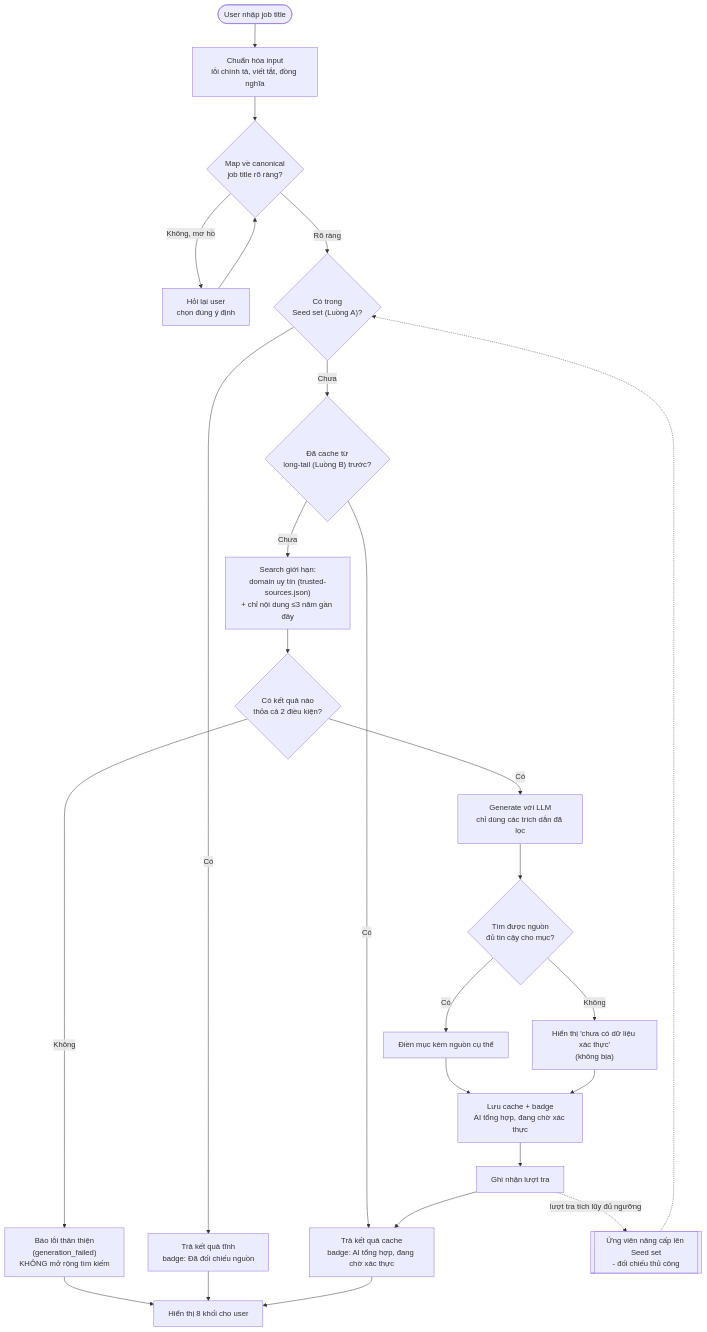
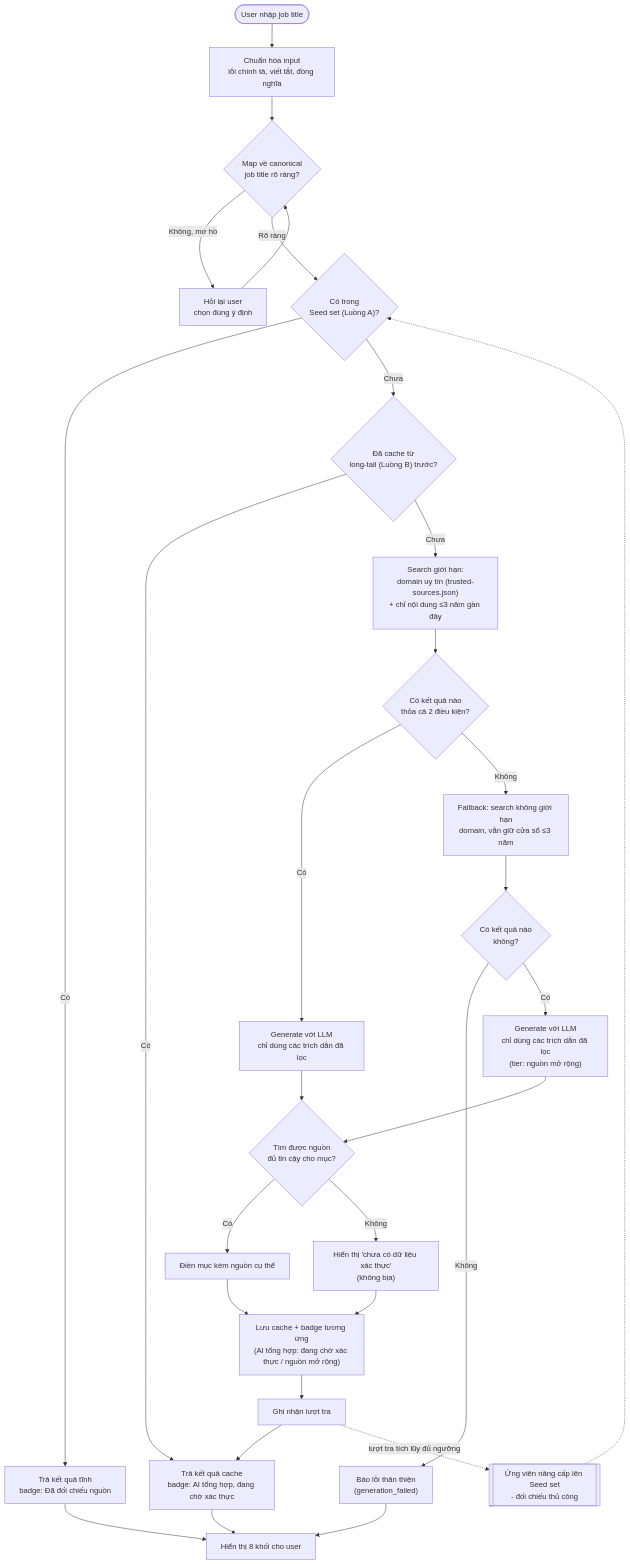
Before and after one commit to ThaoHienPhamNguyen/Career-Ver2: the second of 2 diagrams in docs/superpowers/specs/2026-09-16-career-job-lookup-design.md, drawn with Mermaid. The commit also changed other lines of this file and 67 other files, not shown here.

First line of the commit message:
feat: redesign UI into 3-screen flow, add skill matrices, switch to OpenAI

````diff
--- a/docs/superpowers/specs/2026-09-16-career-job-lookup-design.md
+++ b/docs/superpowers/specs/2026-09-16-career-job-lookup-design.md
@@ -183,28 +189,32 @@
 ```mermaid
 flowchart TD
     Start(["User nhập job title"]) --> Norm["Chuẩn hóa input<br/>lỗi chính tả, viết tắt, đồng nghĩa"]
     Norm --> Canon{"Map về canonical<br/>job title rõ ràng?"}
     Canon -- "Không, mơ hồ" --> Ask["Hỏi lại user<br/>chọn đúng ý định"]
     Ask --> Canon
     Canon -- "Rõ ràng" --> CheckSeed{"Có trong<br/>Seed set (Luồng A)?"}
     CheckSeed -- "Có" --> ReturnSeed["Trả kết quả tĩnh<br/>badge: Đã đối chiếu nguồn"]
     CheckSeed -- "Chưa" --> CheckCache{"Đã cache từ<br/>long-tail (Luồng B) trước?"}
     CheckCache -- "Có" --> ReturnCache["Trả kết quả cache<br/>badge: AI tổng hợp, đang chờ xác thực"]
     CheckCache -- "Chưa" --> TrustedSearch["Search giới hạn:<br/>domain uy tín (trusted-sources.json)<br/>+ chỉ nội dung ≤3 năm gần đây"]
     TrustedSearch --> HasResults{"Có kết quả nào<br/>thỏa cả 2 điều kiện?"}
-    HasResults -- "Không" --> GenFailed["Báo lỗi thân thiện<br/>(generation_failed)<br/>KHÔNG mở rộng tìm kiếm"]
+    HasResults -- "Có" --> Generate["Generate với LLM<br/>chỉ dùng các trích dẫn đã lọc"]
+    HasResults -- "Không" --> FallbackSearch["Fallback: search không giới hạn<br/>domain, vẫn giữ cửa sổ ≤3 năm"]
+    FallbackSearch --> HasFallbackResults{"Có kết quả nào<br/>không?"}
+    HasFallbackResults -- "Không" --> GenFailed["Báo lỗi thân thiện<br/>(generation_failed)"]
     GenFailed --> Render
-    HasResults -- "Có" --> Generate["Generate với LLM<br/>chỉ dùng các trích dẫn đã lọc"]
+    HasFallbackResults -- "Có" --> GenerateExtended["Generate với LLM<br/>chỉ dùng các trích dẫn đã lọc<br/>(tier: nguồn mở rộng)"]
     Generate --> Cite{"Tìm được nguồn<br/>đủ tin cậy cho mục?"}
+    GenerateExtended --> Cite
     Cite -- "Có" --> FillCited["Điền mục kèm nguồn cụ thể"]
     Cite -- "Không" --> FillEmpty["Hiển thị 'chưa có dữ liệu xác thực'<br/>(không bịa)"]
-    FillCited --> SaveCache["Lưu cache + badge<br/>AI tổng hợp, đang chờ xác thực"]
+    FillCited --> SaveCache["Lưu cache + badge tương ứng<br/>(AI tổng hợp: đang chờ xác thực / nguồn mở rộng)"]
     FillEmpty --> SaveCache
     SaveCache --> LogView["Ghi nhận lượt tra"]
     LogView --> ReturnCache
     ReturnSeed --> Render["Hiển thị 8 khối cho user"]
     ReturnCache --> Render
 
     LogView -.->|"lượt tra tích lũy đủ ngưỡng"| Upgrade[["Ứng viên nâng cấp lên Seed set<br/>- đối chiếu thủ công"]]
     Upgrade -.-> CheckSeed
 ```
````
